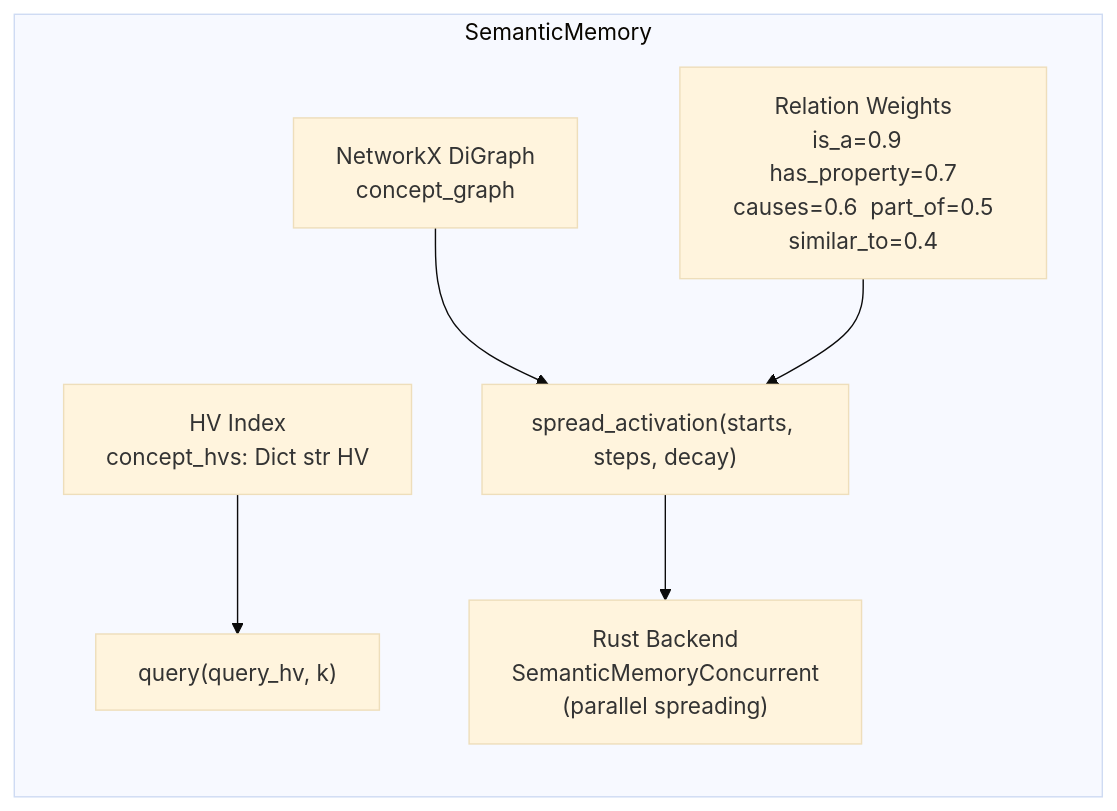
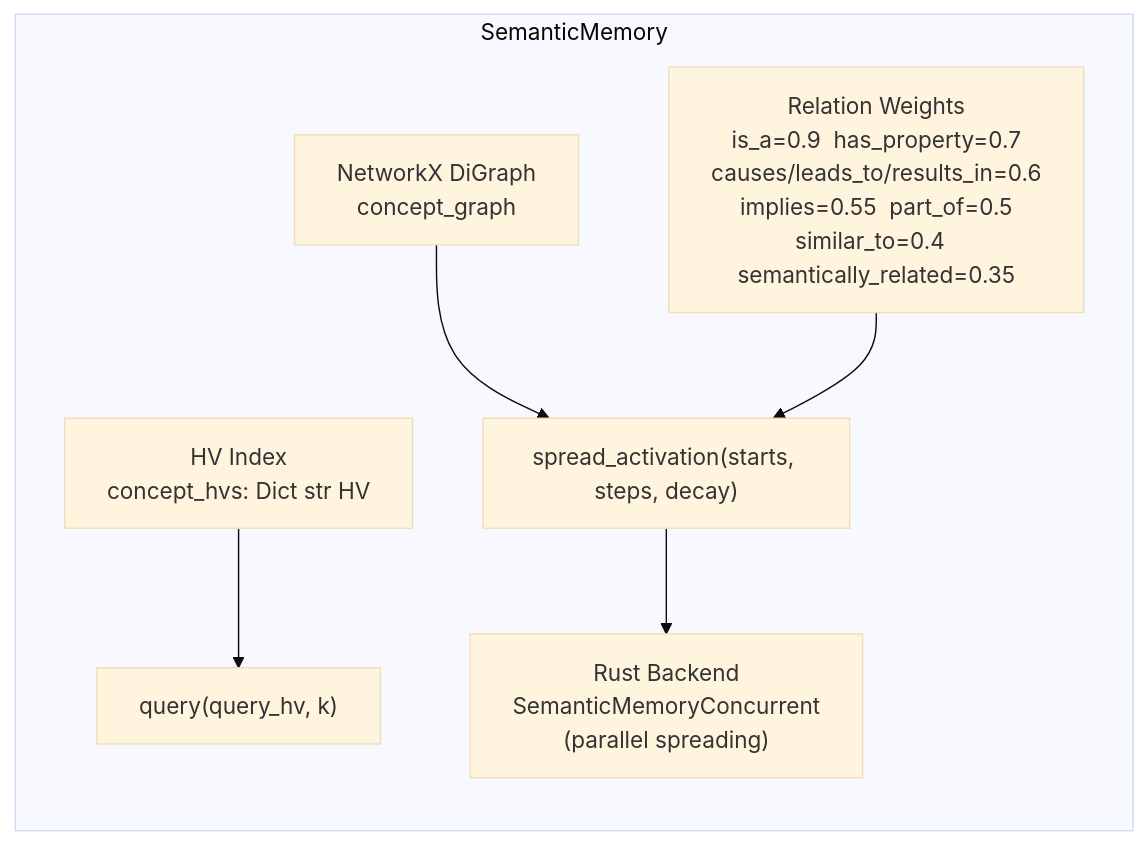
One commit to shiva2321/Neuro-Symbolic-Cognitive-Kernel changed the fourth of 10 diagrams in nsck/docs/ARCHITECTURE.md. Above: the diagram before and after it, drawn with Mermaid (base theme). The commit also changed other lines of this file and 4 other files, not shown here.

Commit message:
docs: update MODULE_REFERENCE, ARCHITECTURE, TESTING, FORMULAS, REPOMAP for recent code changes

````diff
--- a/nsck/docs/ARCHITECTURE.md
+++ b/nsck/docs/ARCHITECTURE.md
@@ -177,16 +177,16 @@
 ```mermaid
 graph LR
     subgraph SemanticMemory
         Graph["NetworkX DiGraph\nconcept_graph"]
         HVIdx["HV Index\nconcept_hvs: Dict str HV"]
-        RelW["Relation Weights\nis_a=0.9  has_property=0.7\ncauses=0.6  part_of=0.5\nsimilar_to=0.4"]
+        RelW["Relation Weights\nis_a=0.9  has_property=0.7\ncauses/leads_to/results_in=0.6\nimplies=0.55  part_of=0.5\nsimilar_to=0.4  semantically_related=0.35"]
         SA["spread_activation(starts, steps, decay)"]
         Q["query(query_hv, k)"]
         RustBE["Rust Backend\nSemanticMemoryConcurrent\n(parallel spreading)"]
     end
 
     Graph --> SA
     RelW --> SA
     HVIdx --> Q
     SA --> RustBE
 ```
````
